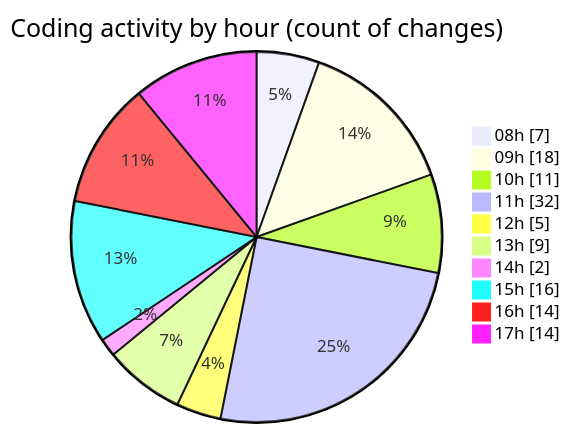
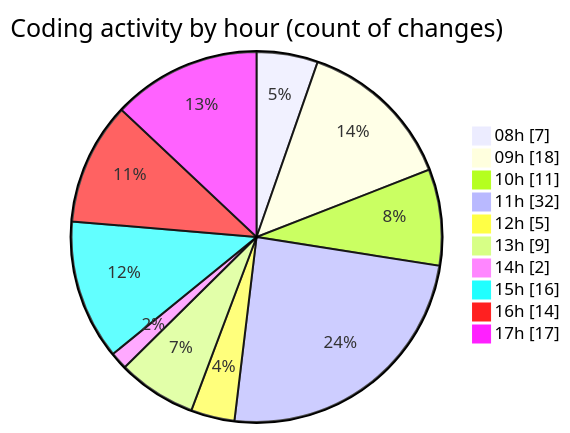
Before and after one commit to momahboobian/code-tracking: the second of 2 diagrams in 2025-11-11/cda/README.md, drawn with Mermaid. The commit also changed other lines of this file and 1 other file, not shown here.

````diff
--- a/2025-11-11/cda/README.md
+++ b/2025-11-11/cda/README.md
@@ -54,14 +54,14 @@
 ```mermaid
 pie showData
 title Coding activity by hour (count of changes)
 "08h" : 7
 "09h" : 18
 "10h" : 11
 "11h" : 32
 "12h" : 5
 "13h" : 9
 "14h" : 2
 "15h" : 16
 "16h" : 14
-"17h" : 14
+"17h" : 17
 ```
````
